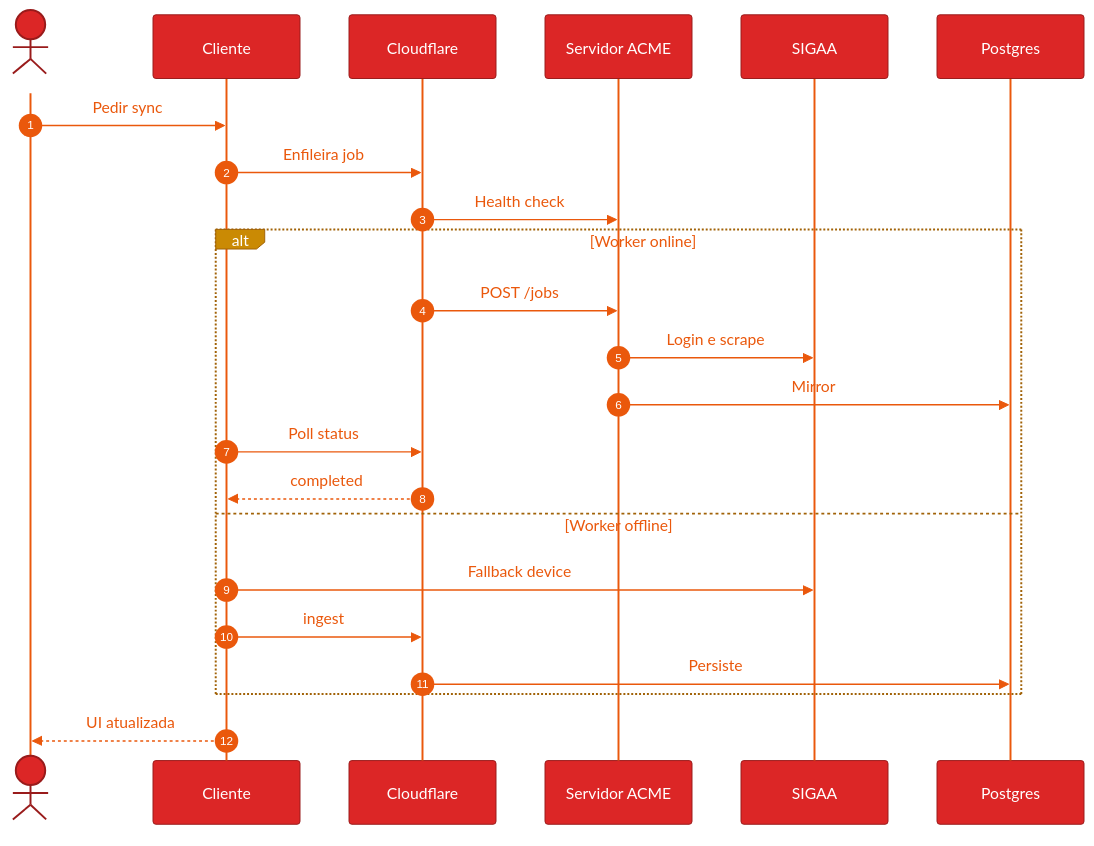
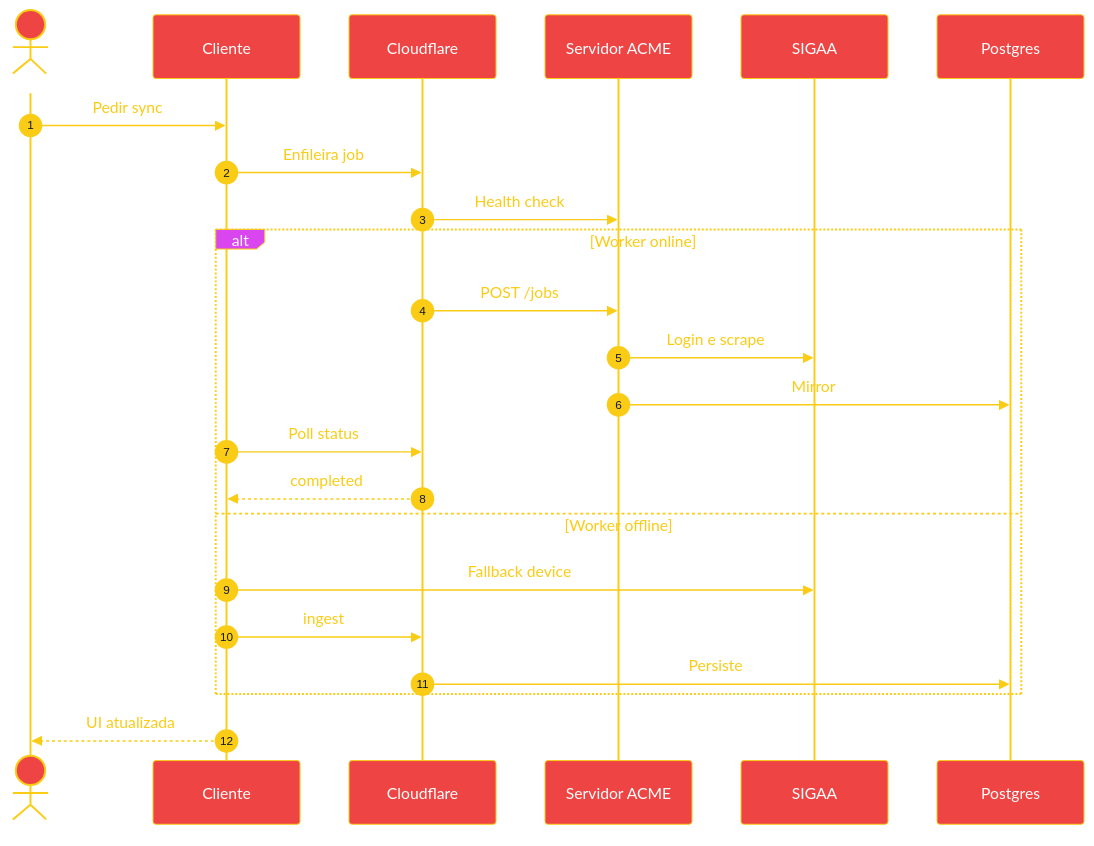
One commit to KairoHenrique/CEFET-Academic-Planner changed the second of 5 diagrams in README.md. Above: the diagram before and after it, drawn with Mermaid. The commit also changed other lines of this file, not shown here.

Commit message:
docs: indice em 2 colunas e Mermaid com linhas amarelas no dark

````diff
--- a/README.md
+++ b/README.md
@@ -165,29 +181,29 @@
 ```mermaid
-%%{init: {"theme": "base", "themeVariables": {"actorBkg": "#DC2626", "actorTextColor": "#FFFFFF", "actorBorder": "#991B1B", "actorLineColor": "#EA580C", "signalColor": "#EA580C", "signalTextColor": "#EA580C", "labelBoxBkgColor": "#CA8A04", "labelBoxBorderColor": "#A16207", "labelTextColor": "#FFFFFF", "loopTextColor": "#EA580C", "activationBkgColor": "#FB923C", "activationBorderColor": "#C2410C", "sequenceNumberColor": "#FFFFFF", "noteBkgColor": "#CA8A04", "noteTextColor": "#FFFFFF", "noteBorderColor": "#A16207"}}}%%
+%%{init: {"theme": "base", "themeVariables": {"actorBkg": "#EF4444", "actorTextColor": "#FFFFFF", "actorBorder": "#FACC15", "actorLineColor": "#FACC15", "signalColor": "#FACC15", "signalTextColor": "#FACC15", "labelBoxBkgColor": "#D946EF", "labelBoxBorderColor": "#FACC15", "labelTextColor": "#FFFFFF", "loopTextColor": "#FACC15", "activationBkgColor": "#FB923C", "activationBorderColor": "#FACC15", "sequenceNumberColor": "#111827", "noteBkgColor": "#EAB308", "noteTextColor": "#111827", "noteBorderColor": "#FACC15"}}}%%
 sequenceDiagram
   autonumber
   actor Aluno
   participant App as Cliente
   participant API as Cloudflare
   participant Worker as Servidor ACME
   participant SIGAA
   participant DB as Postgres
 
   Aluno->>App: Pedir sync
   App->>API: Enfileira job
   API->>Worker: Health check
 
   alt Worker online
     API->>Worker: POST /jobs
     Worker->>SIGAA: Login e scrape
     Worker->>DB: Mirror
     App->>API: Poll status
     API-->>App: completed
   else Worker offline
     App->>SIGAA: Fallback device
     App->>API: ingest
     API->>DB: Persiste
   end
 
   App-->>Aluno: UI atualizada
 ```
````
